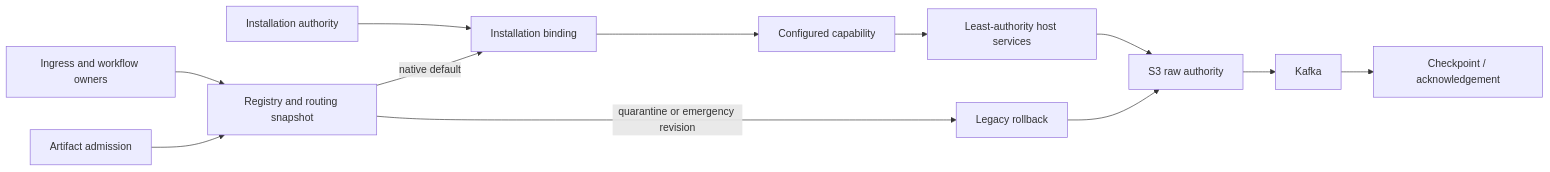
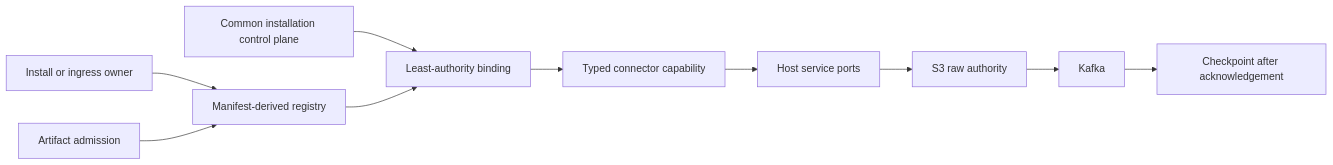
The diagram in docs/ingestion/source-connectors/runtime-architecture.md (Fyralisinc/fyraliscore), drawn with Mermaid before and after one commit. The commit also changed other lines of this file and 898 other files, not shown here.

````diff
--- a/docs/ingestion/source-connectors/runtime-architecture.md
+++ b/docs/ingestion/source-connectors/runtime-architecture.md
@@ -17,14 +15,12 @@
 ```mermaid
 flowchart LR
-    I[Ingress and workflow owners] --> RR[Registry and routing snapshot]
-    A[Artifact admission] --> RR
-    IA[Installation authority] --> B[Installation binding]
-    RR -->|native default| B
-    RR -->|quarantine or emergency revision| LG[Legacy rollback]
-    B --> C[Configured capability]
-    C --> HS[Least-authority host services]
-    HS --> S3[S3 raw authority]
+    I[Install or ingress owner] --> R[Manifest-derived registry]
+    A[Artifact admission] --> R
+    CP[Common installation control plane] --> B[Least-authority binding]
+    R --> B
+    B --> C[Typed connector capability]
+    C --> H[Host service ports]
+    H --> S3[S3 raw authority]
     S3 --> K[Kafka]
-    K --> CP[Checkpoint / acknowledgement]
-    LG --> S3
+    K --> ACK[Checkpoint after acknowledgement]
 ```
````
